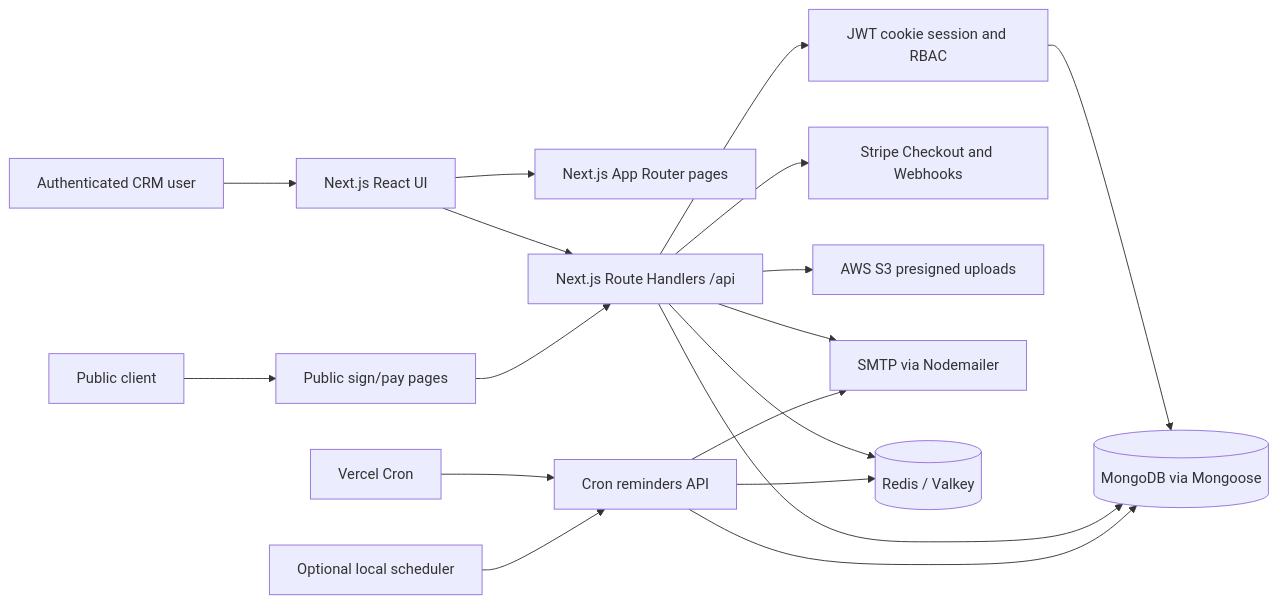
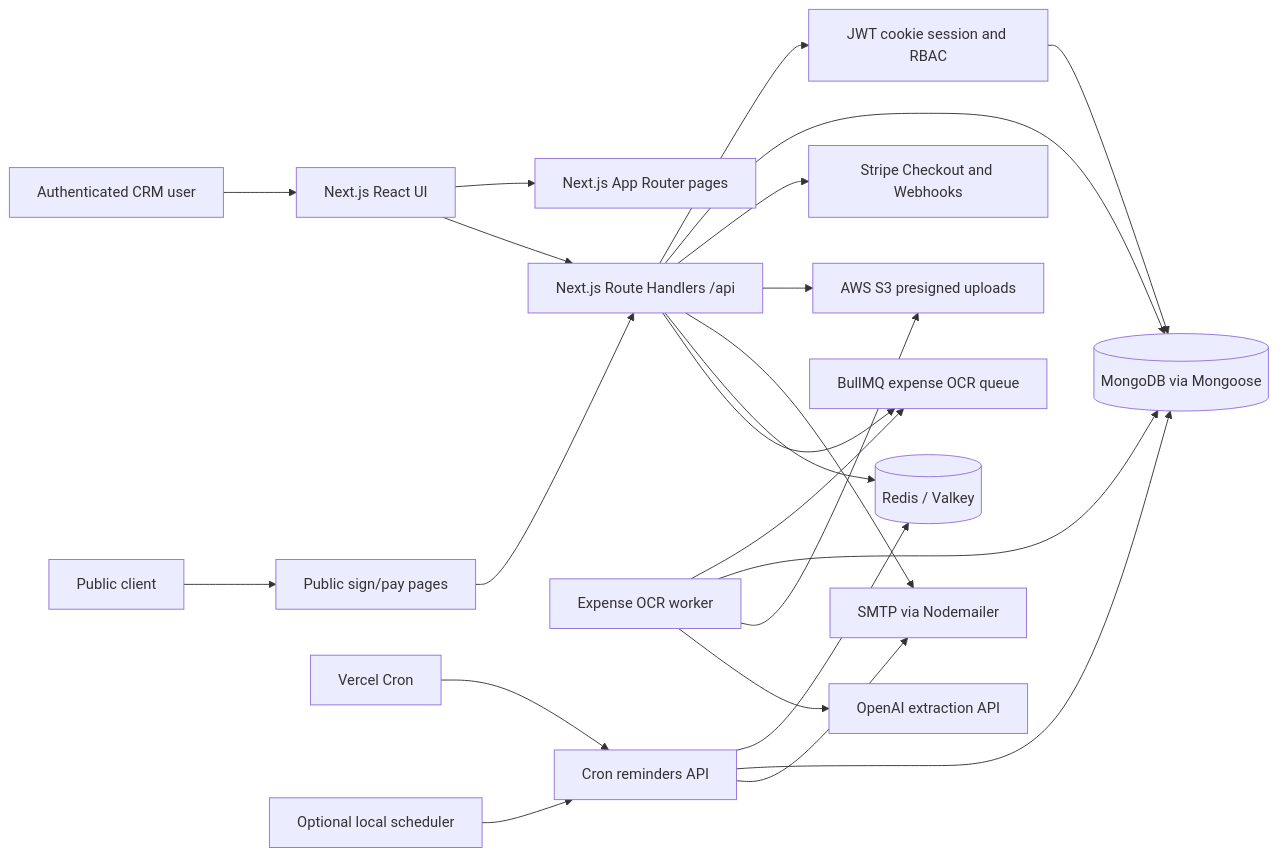
The first of 5 diagrams in docs/technical-handover.md (BasirKhan418/crm-roberto), drawn with Mermaid before and after one commit. The commit also changed other lines of this file and 13 other files, not shown here.

````diff
--- a/docs/technical-handover.md
+++ b/docs/technical-handover.md
@@ -17,24 +19,30 @@
 ```mermaid
 flowchart LR
   User[Authenticated CRM user] --> Browser[Next.js React UI]
   Client[Public client] --> PublicRoutes[Public sign/pay pages]
 
   Browser --> AppRoutes[Next.js App Router pages]
   Browser --> Api[Next.js Route Handlers /api]
   PublicRoutes --> Api
 
   Api --> Auth[JWT cookie session and RBAC]
   Auth --> Mongo[(MongoDB via Mongoose)]
   Api --> Mongo
 
   Api --> Stripe[Stripe Checkout and Webhooks]
   Api --> S3[AWS S3 presigned uploads]
   Api --> SMTP[SMTP via Nodemailer]
   Api --> Redis[(Redis / Valkey)]
+  Api --> Queue[BullMQ expense OCR queue]
+
+  Worker[Expense OCR worker] --> Queue
+  Worker --> Mongo
+  Worker --> S3
+  Worker --> OpenAI[OpenAI extraction API]
 
   VercelCron[Vercel Cron] --> CronApi[Cron reminders API]
   LocalCron[Optional local scheduler] --> CronApi
   CronApi --> Redis
   CronApi --> Mongo
   CronApi --> SMTP
 ```
````
